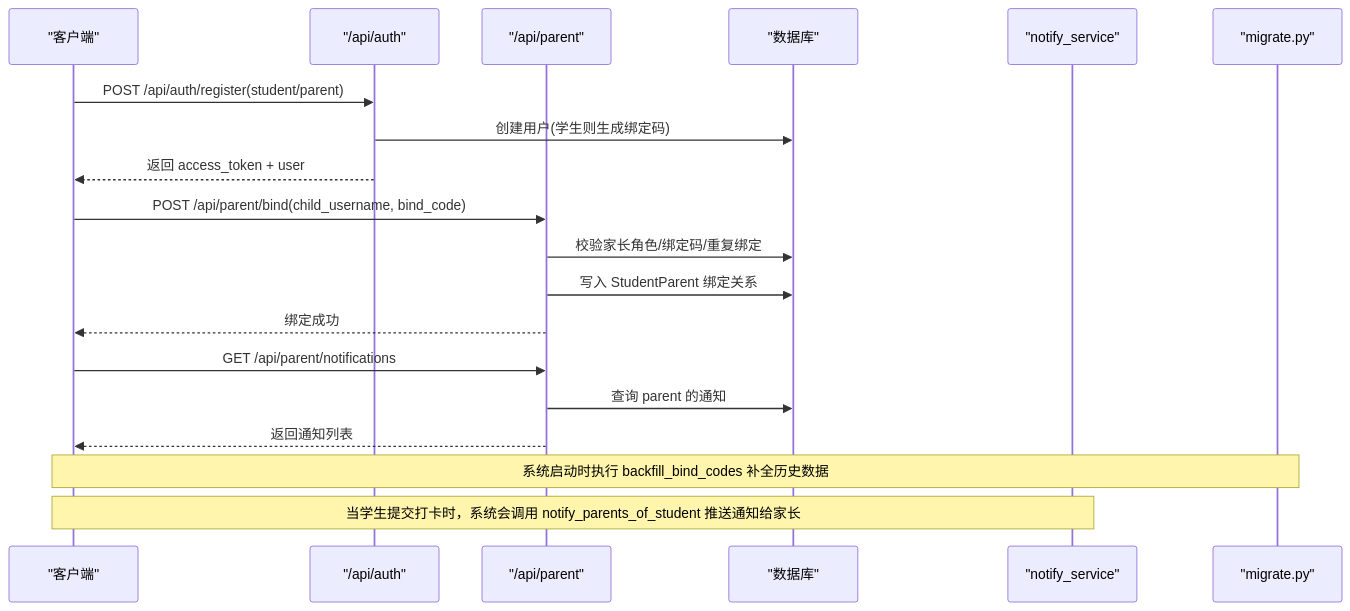
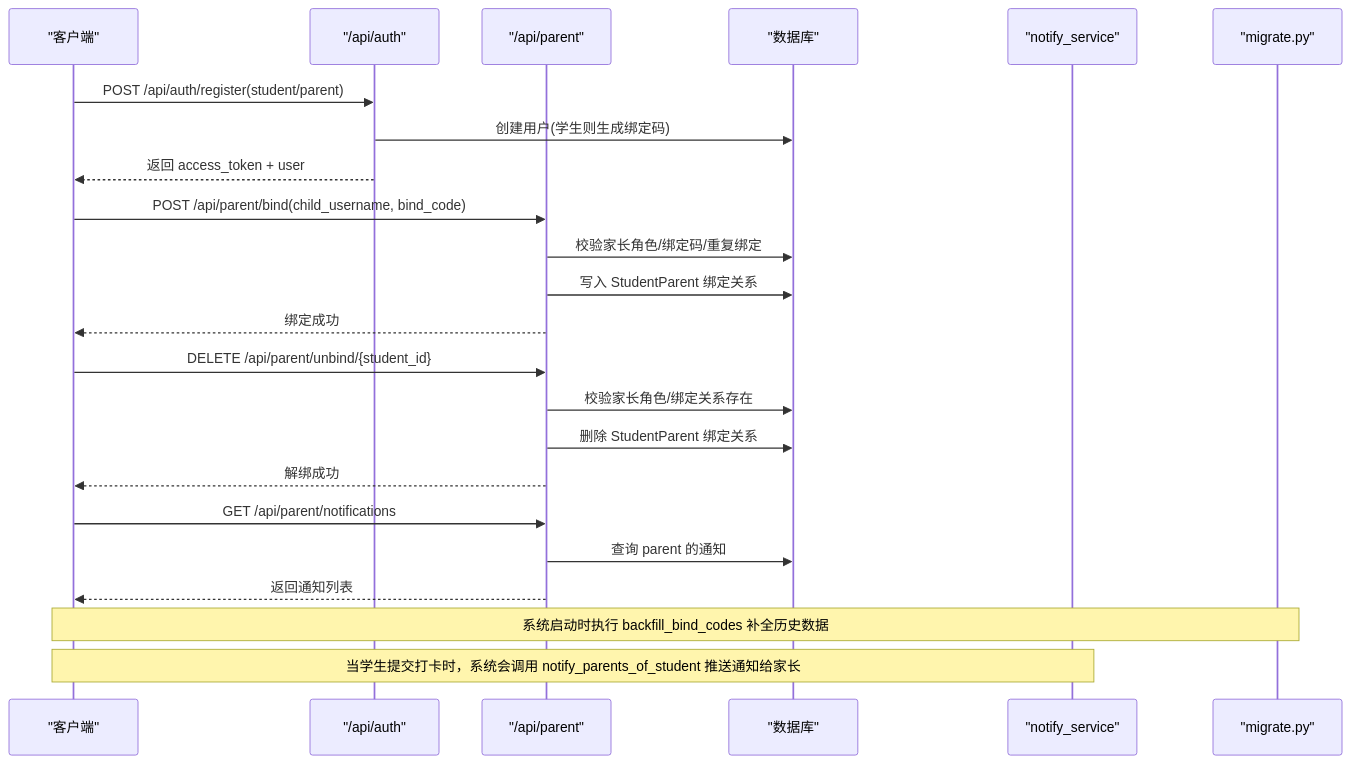
Before and after one commit to onebody/homework: the second of 6 diagrams in .qoder/repowiki/zh/content/API接口文档/家长绑定接口.md, drawn with Mermaid. The commit also changed other lines of this file and 10 other files, not shown here.

````diff
--- a/.qoder/repowiki/zh/content/API接口文档/家长绑定接口.md
+++ b/.qoder/repowiki/zh/content/API接口文档/家长绑定接口.md
@@ -136,21 +138,25 @@
 ```mermaid
 sequenceDiagram
 participant Client as "客户端"
 participant Auth as "/api/auth"
 participant Parent as "/api/parent"
 participant DB as "数据库"
 participant Notify as "notify_service"
 participant Migrate as "migrate.py"
 Client->>Auth : POST /api/auth/register(student/parent)
 Auth->>DB : 创建用户(学生则生成绑定码)
 Auth-->>Client : 返回 access_token + user
 Client->>Parent : POST /api/parent/bind(child_username, bind_code)
 Parent->>DB : 校验家长角色/绑定码/重复绑定
 Parent->>DB : 写入 StudentParent 绑定关系
 Parent-->>Client : 绑定成功
+Client->>Parent : DELETE /api/parent/unbind/{student_id}
+Parent->>DB : 校验家长角色/绑定关系存在
+Parent->>DB : 删除 StudentParent 绑定关系
+Parent-->>Client : 解绑成功
 Client->>Parent : GET /api/parent/notifications
 Parent->>DB : 查询 parent 的通知
 Parent-->>Client : 返回通知列表
 Note over Client,Migrate : 系统启动时执行 backfill_bind_codes 补全历史数据
 Note over Client,Notify : 当学生提交打卡时，系统会调用 notify_parents_of_student 推送通知给家长
 ```
````
